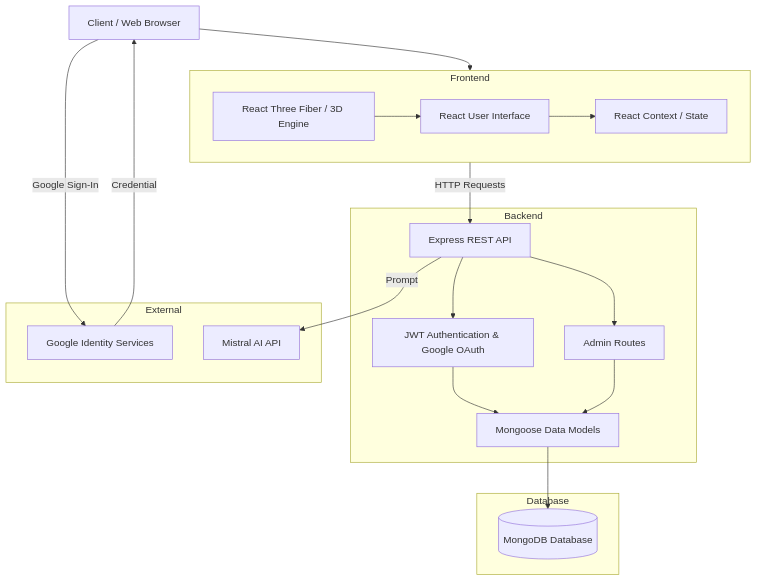
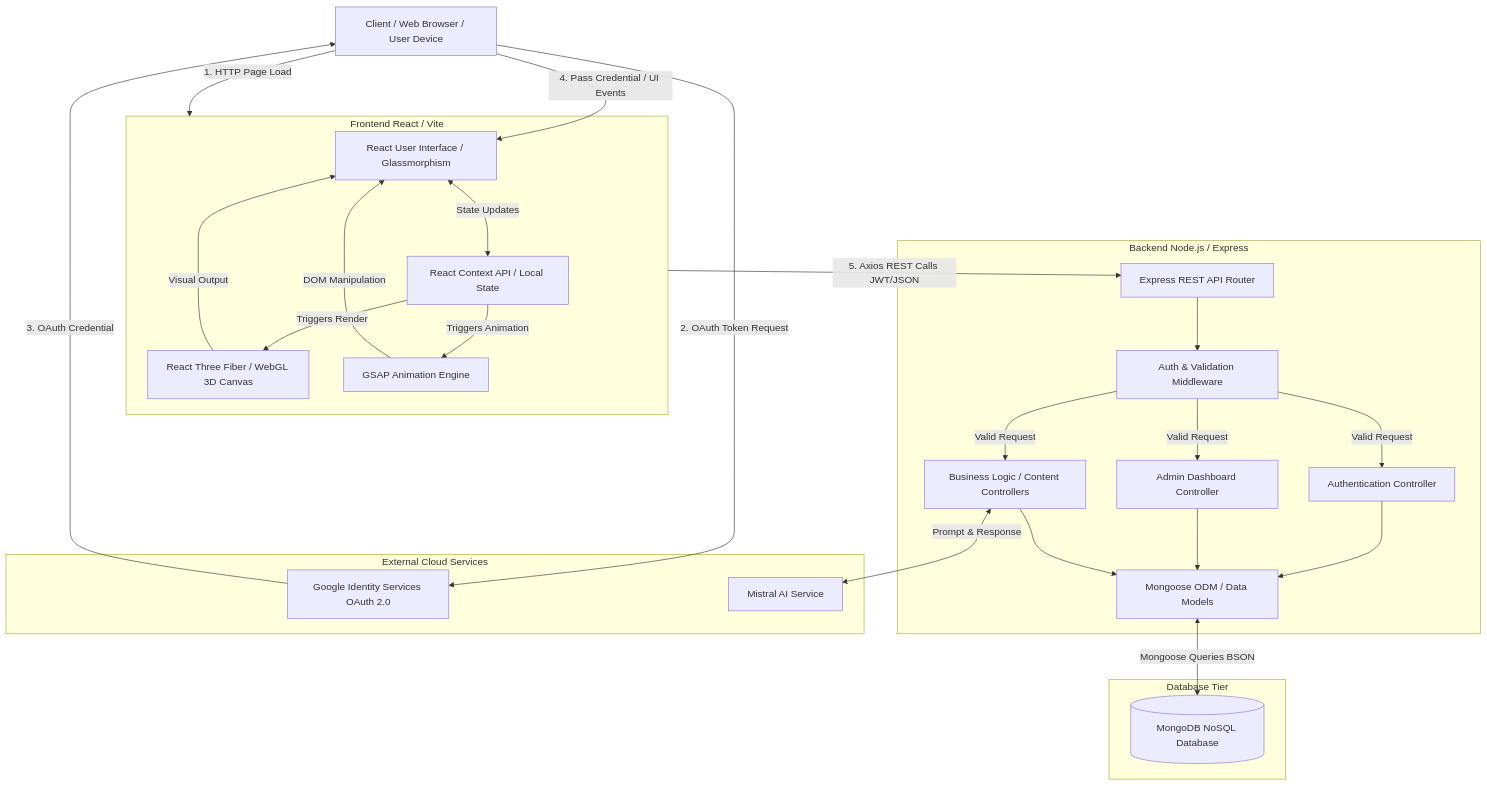
The first of 5 diagrams in report.md (arpan-pramanik/Speakease-FullStack-Project), drawn with Mermaid before and after one commit. The commit also changed other lines of this file, not shown here.

Commit message:
docs: generate comprehensive 30+ page project report

````diff
--- a/report.md
+++ b/report.md
@@ -33,38 +112,54 @@
 ```mermaid
 graph TD
-    Client[Client / Web Browser]
-    subgraph Frontend
-        UI[React User Interface]
-        ThreeJS[React Three Fiber / 3D Engine]
-        State[React Context / State]
+    Client[Client / Web Browser / User Device]
+    
+    subgraph Frontend [Frontend React / Vite]
+        UI[React User Interface / Glassmorphism]
+        ThreeJS[React Three Fiber / WebGL 3D Canvas]
+        GSAP[GSAP Animation Engine]
+        State[React Context API / Local State]
     end
 
-    subgraph Backend
-        API[Express REST API]
-        Auth[JWT Authentication & Google OAuth]
-        Admin[Admin Routes]
-        Models[Mongoose Data Models]
+    subgraph Backend [Backend Node.js / Express]
+        API[Express REST API Router]
+        Middleware[Auth & Validation Middleware]
+        AuthCtrl[Authentication Controller]
+        AdminCtrl[Admin Dashboard Controller]
+        LogicCtrl[Business Logic / Content Controllers]
+        Models[Mongoose ODM / Data Models]
     end
 
-    subgraph Database
-        MongoDB[(MongoDB Database)]
+    subgraph Database [Database Tier]
+        MongoDB[(MongoDB NoSQL Database)]
     end
 
-    subgraph External
-        OAuth[Google Identity Services]
-        Mistral[Mistral AI API]
+    subgraph External [External Cloud Services]
+        GoogleOAuth[Google Identity Services OAuth 2.0]
+        MistralAI[Mistral AI Service]
     end
 
-    Client -->|Google Sign-In| OAuth
-    OAuth -->|Credential| Client
-    Client --> Frontend
-    Frontend -->|HTTP Requests| API
-    UI --> State
-    ThreeJS --> UI
-    API --> Auth
-    API --> Admin
-    API -->|Prompt| Mistral
-    Auth --> Models
-    Admin --> Models
-    Models --> MongoDB
+    Client -->|1. HTTP Page Load| Frontend
+    Client -->|2. OAuth Token Request| GoogleOAuth
+    GoogleOAuth -->|3. OAuth Credential| Client
+    Client -->|4. Pass Credential / UI Events| UI
+    
+    UI <-->|State Updates| State
+    State -->|Triggers Render| ThreeJS
+    State -->|Triggers Animation| GSAP
+    ThreeJS -->|Visual Output| UI
+    GSAP -->|DOM Manipulation| UI
+
+    Frontend -->|5. Axios REST Calls JWT/JSON| API
+    API --> Middleware
+    Middleware -->|Valid Request| AuthCtrl
+    Middleware -->|Valid Request| AdminCtrl
+    Middleware -->|Valid Request| LogicCtrl
+    
+    LogicCtrl <-->|Prompt & Response| MistralAI
+    
+    AuthCtrl --> Models
+    AdminCtrl --> Models
+    LogicCtrl --> Models
+    
+    Models <-->|Mongoose Queries BSON| MongoDB
 ```
````
